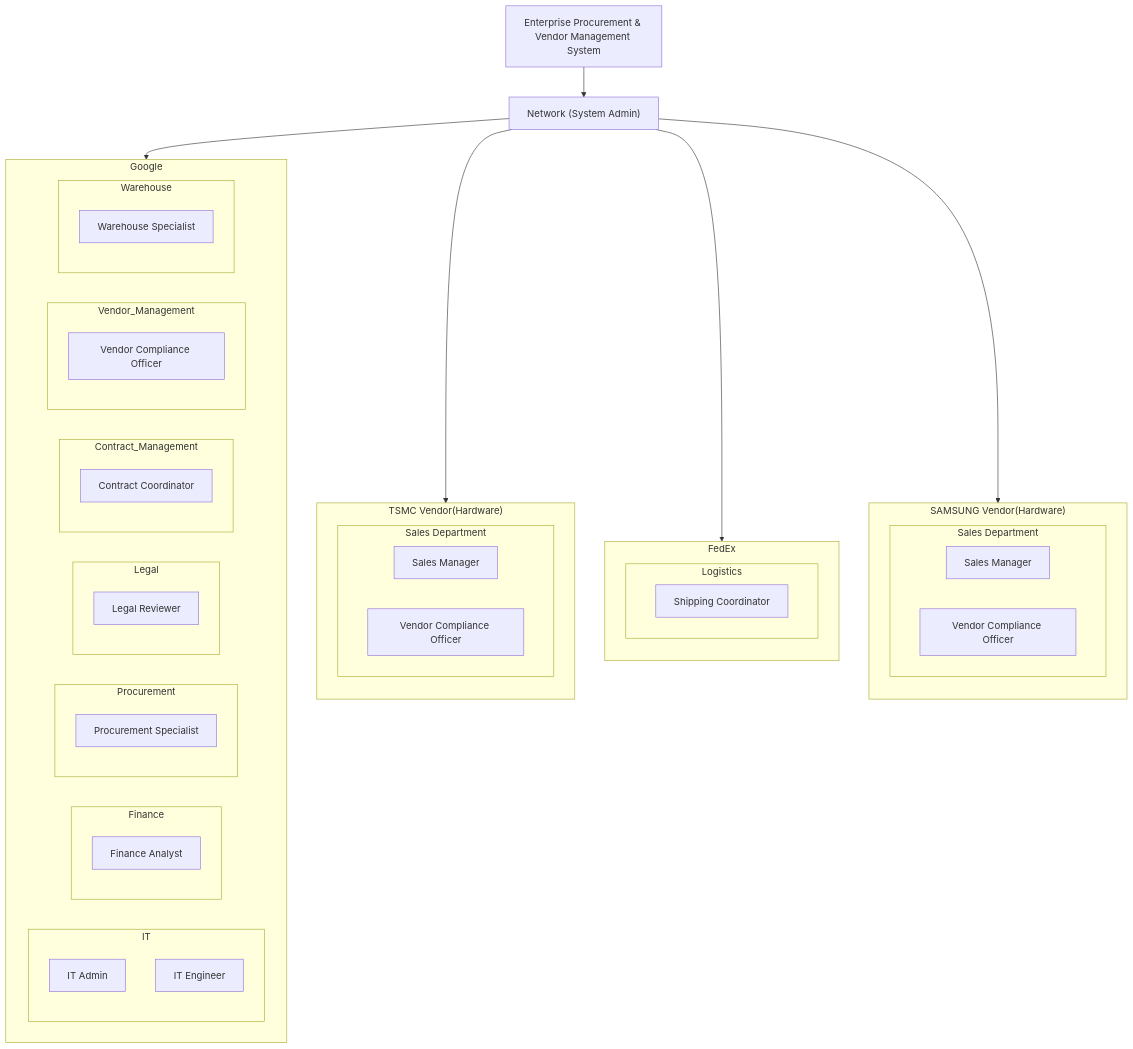
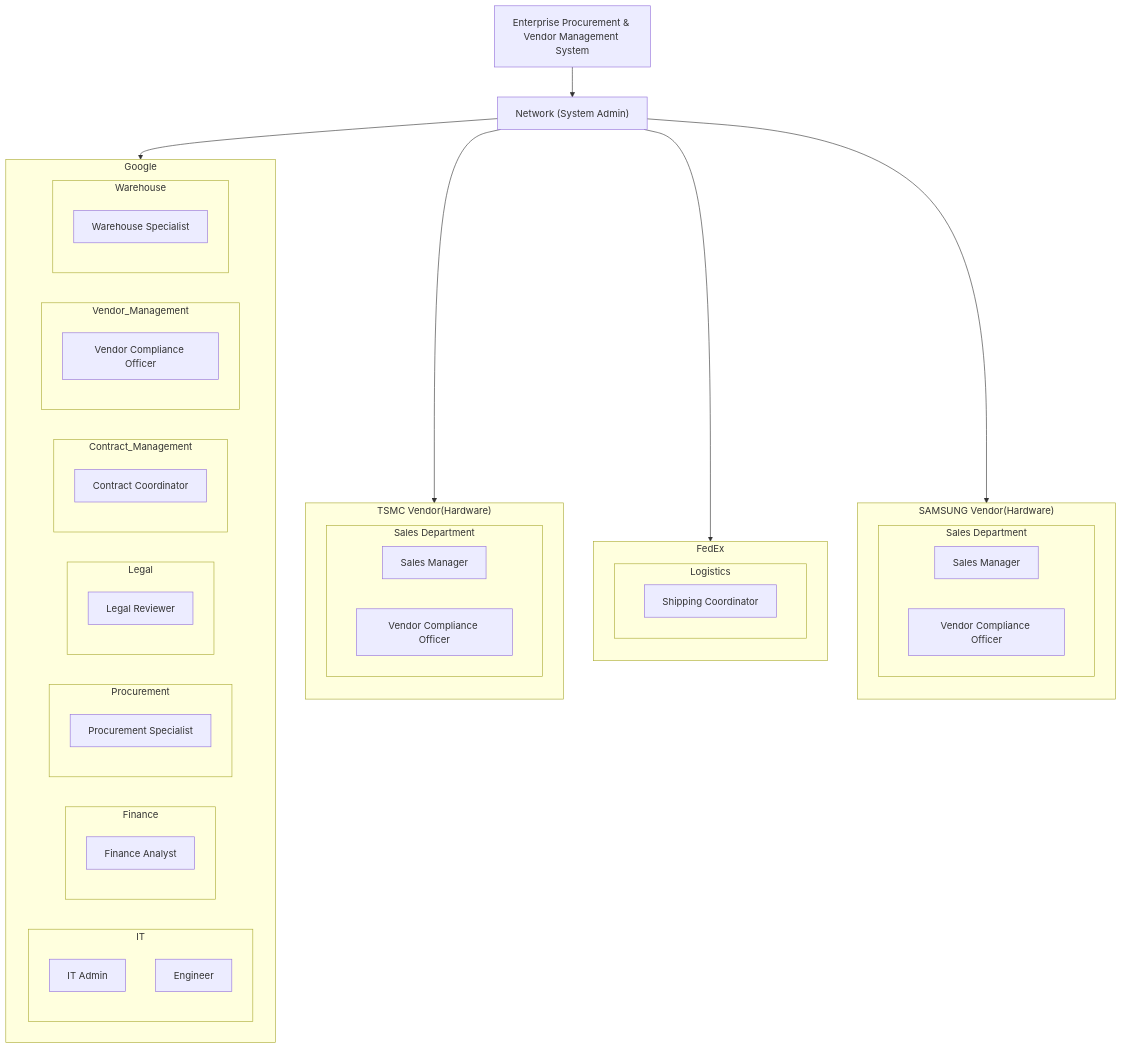
Before and after one commit to IsaacTai123/procurement_ecosystem: the first of 6 diagrams in README.md, drawn with Mermaid. The commit also changed 9 other files, not shown here.

````diff
--- a/README.md
+++ b/README.md
@@ -5,74 +5,74 @@
 ```mermaid
 flowchart TB
     A[Enterprise Procurement & Vendor Management System] 
     N["Network (System Admin)"]
 
     A --> N
     N --> Google
     N --> TSMC["TSMC Vendor(Hardware)"]
     N --> FedEx
     N --> SAMSUNG["SAMSUNG Vendor(Hardware)"]
 
     %% Google
     subgraph Google
         direction LR
 
         subgraph IT
             A1_1[IT Admin]
-            A1_2[IT Engineer]
+            A1_2[Engineer]
         end
 
         subgraph Finance
             A2_1[Finance Analyst]
         end
 
         subgraph Procurement
             A3_1[Procurement Specialist]
         end
 
         subgraph Legal
             A4_1[Legal Reviewer]
         end
 
         subgraph Contract_Management
             A5_1[Contract Coordinator]
         end
 
         subgraph Vendor_Management
             A6_1[Vendor Compliance Officer]
         end
 
         subgraph Warehouse
             A7_1[Warehouse Specialist]
         end
     end
 
     %% TSMC
     subgraph TSMC["TSMC Vendor(Hardware)"]
         direction TB
 
         subgraph TSMC_Sales["Sales Department"]
             B1_1[Sales Manager]
             B1_2[Vendor Compliance Officer]
         end
     end
     
     %% FedEx
     subgraph FedEx
         direction TB
 
         subgraph Logistics
             C1_1[Shipping Coordinator]
         end
     end
     
     %% SAMSUNG
     subgraph SAMSUNG["SAMSUNG Vendor(Hardware)"]
         direction TB
 
         subgraph SAMSUNG_Sales["Sales Department"]
             D1_1[Sales Manager]
             D1_2[Vendor Compliance Officer]
         end
     end
 ```
````
